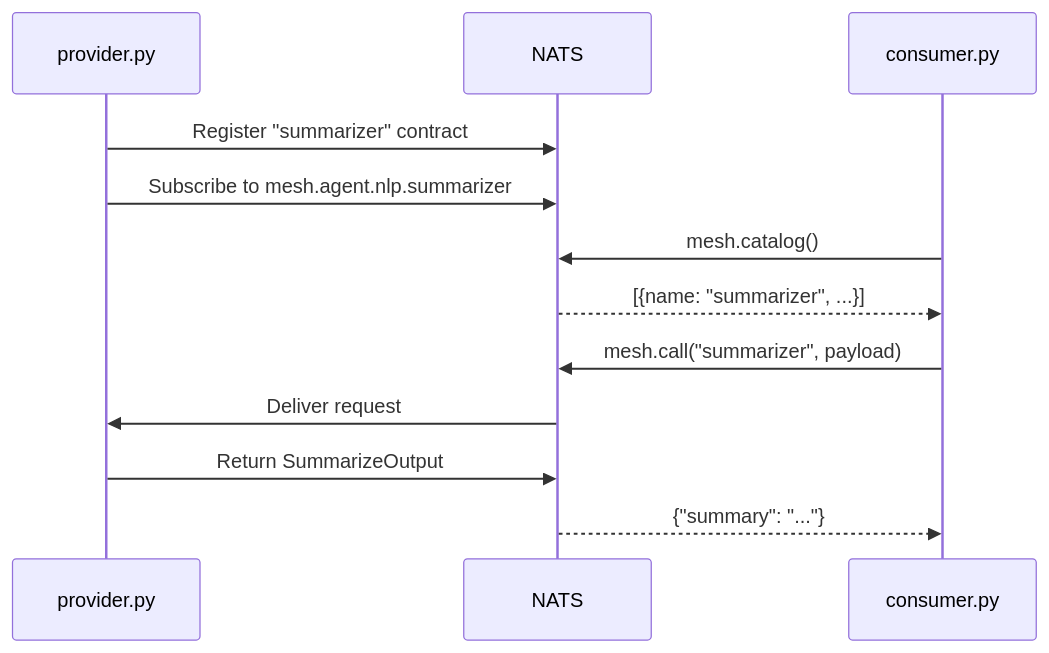
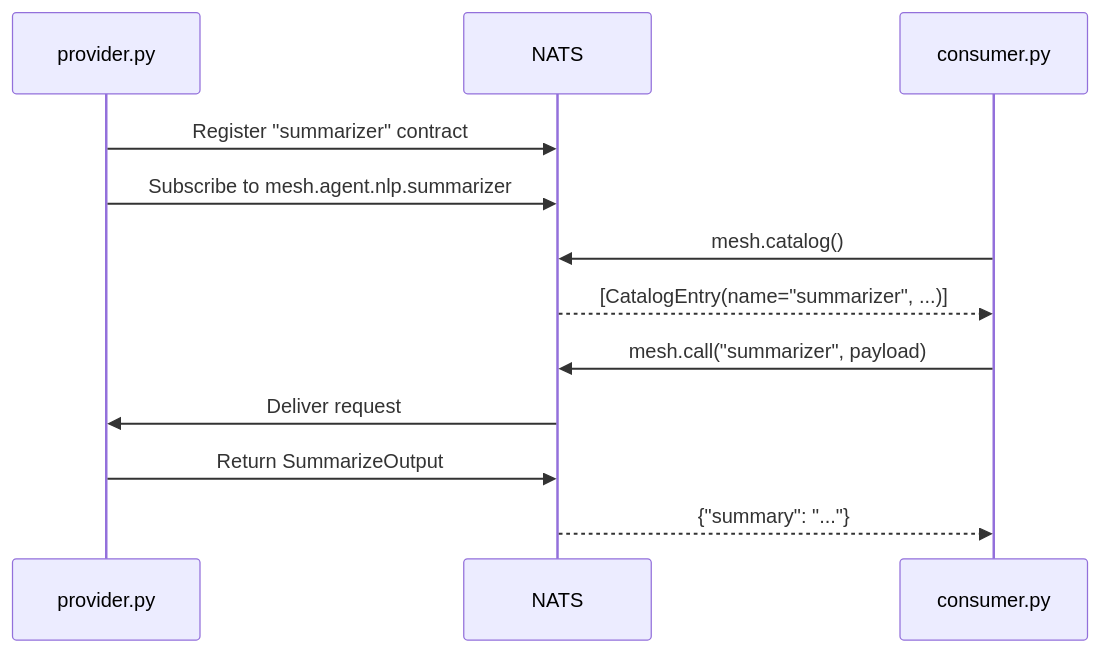
One commit to openagentmesh/openagentmesh changed the diagram in docs/cookbook/multi-process.md. Above: the diagram before and after it, drawn with Mermaid. The commit also changed other lines of this file and 16 other files, not shown here.

````diff
--- a/docs/cookbook/multi-process.md
+++ b/docs/cookbook/multi-process.md
@@ -90,17 +92,17 @@
 ```mermaid
 sequenceDiagram
     participant Provider as provider.py
     participant NATS
     participant Consumer as consumer.py
 
     Provider->>NATS: Register "summarizer" contract
     Provider->>NATS: Subscribe to mesh.agent.nlp.summarizer
 
     Consumer->>NATS: mesh.catalog()
-    NATS-->>Consumer: [{name: "summarizer", ...}]
+    NATS-->>Consumer: [CatalogEntry(name="summarizer", ...)]
 
     Consumer->>NATS: mesh.call("summarizer", payload)
     NATS->>Provider: Deliver request
     Provider->>NATS: Return SummarizeOutput
     NATS-->>Consumer: {"summary": "..."}
 ```
````
